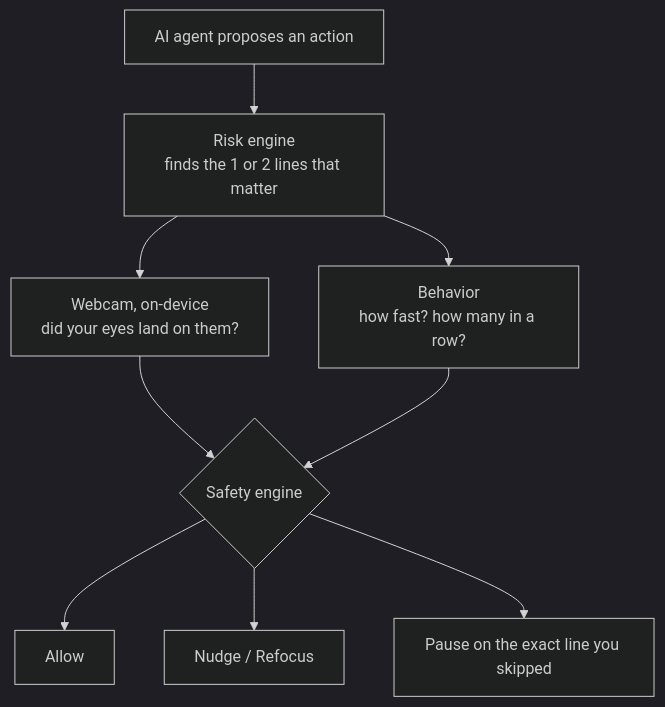
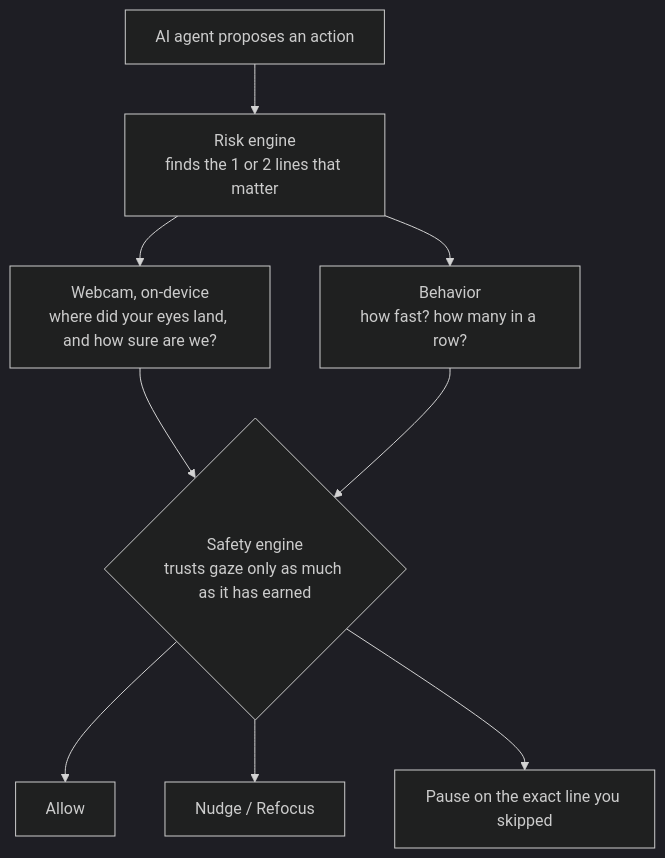
The diagram in README.md (bilal-feroz/OverSight), drawn with Mermaid (dark theme) before and after one commit. The commit also changed other lines of this file, not shown here.

````diff
--- a/README.md
+++ b/README.md
@@ -65,11 +69,11 @@
 ```mermaid
 flowchart TD
   A["AI agent proposes an action"] --> B["Risk engine<br/>finds the 1 or 2 lines that matter"]
-  B --> C["Webcam, on-device<br/>did your eyes land on them?"]
+  B --> C["Webcam, on-device<br/>where did your eyes land, and how sure are we?"]
   B --> D["Behavior<br/>how fast? how many in a row?"]
-  C --> E{"Safety engine"}
+  C --> E{"Safety engine<br/>trusts gaze only as much as it has earned"}
   D --> E
   E --> F["Allow"]
   E --> G["Nudge / Refocus"]
   E --> H["Pause on the exact line you skipped"]
 ```
````
